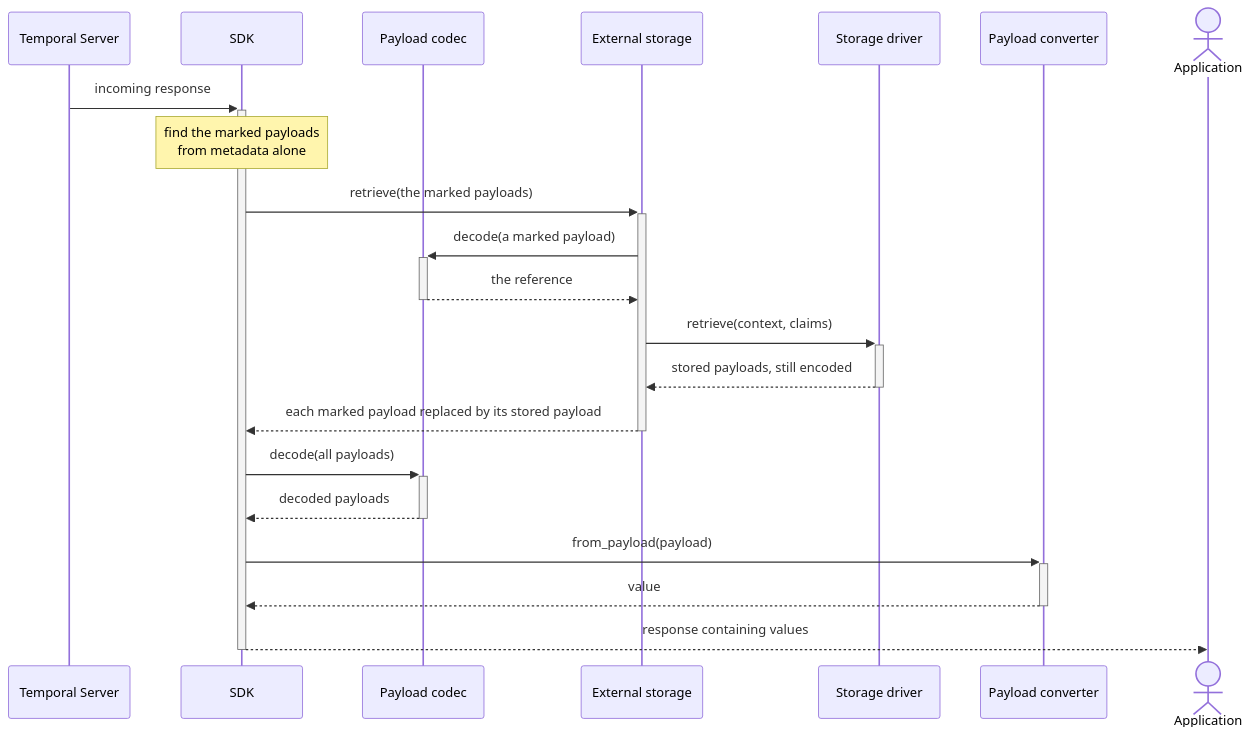
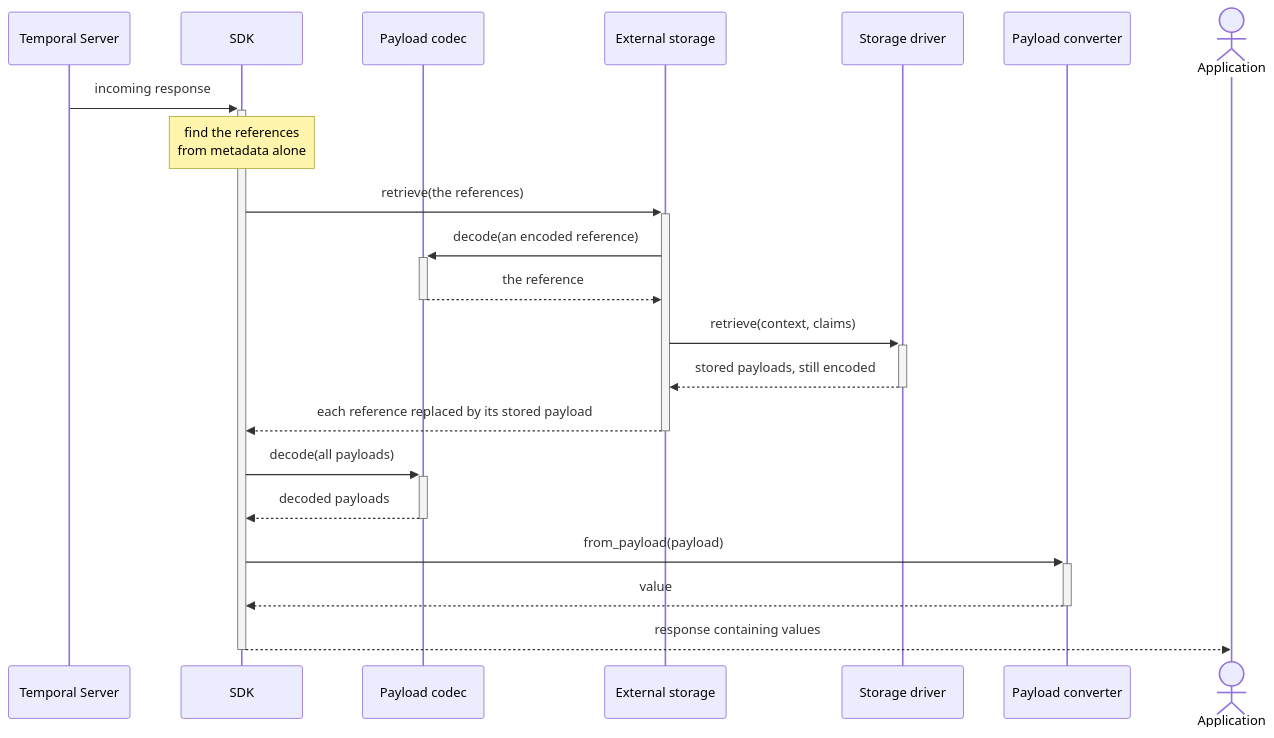
One commit to temporalio/features changed the second of 2 diagrams in features/external_storage/spec.md. Above: the diagram before and after it, drawn with Mermaid. The commit also changed other lines of this file, not shown here.

Commit message:
update external storage spec with more detail about encoding/decoding references.

````diff
--- a/features/external_storage/spec.md
+++ b/features/external_storage/spec.md
@@ -183,28 +187,28 @@
 ```mermaid
 sequenceDiagram
     participant Server as Temporal Server
     participant SDK
     participant Codec as Payload codec
     participant Store as External storage
     participant Driver as Storage driver
     participant Conv as Payload converter
     actor App as Application
 
     Server->>+SDK: incoming response
-    Note over SDK: find the marked payloads<br/>from metadata alone
+    Note over SDK: find the references<br/>from metadata alone
 
-    SDK->>+Store: retrieve(the marked payloads)
-    Store->>+Codec: decode(a marked payload)
+    SDK->>+Store: retrieve(the references)
+    Store->>+Codec: decode(an encoded reference)
     Codec-->>-Store: the reference
     Store->>+Driver: retrieve(context, claims)
     Driver-->>-Store: stored payloads, still encoded
-    Store-->>-SDK: each marked payload replaced by its stored payload
+    Store-->>-SDK: each reference replaced by its stored payload
 
     SDK->>+Codec: decode(all payloads)
     Codec-->>-SDK: decoded payloads
 
     SDK->>+Conv: from_payload(payload)
     Conv-->>-SDK: value
 
     SDK-->>-App: response containing values
 ```
````
